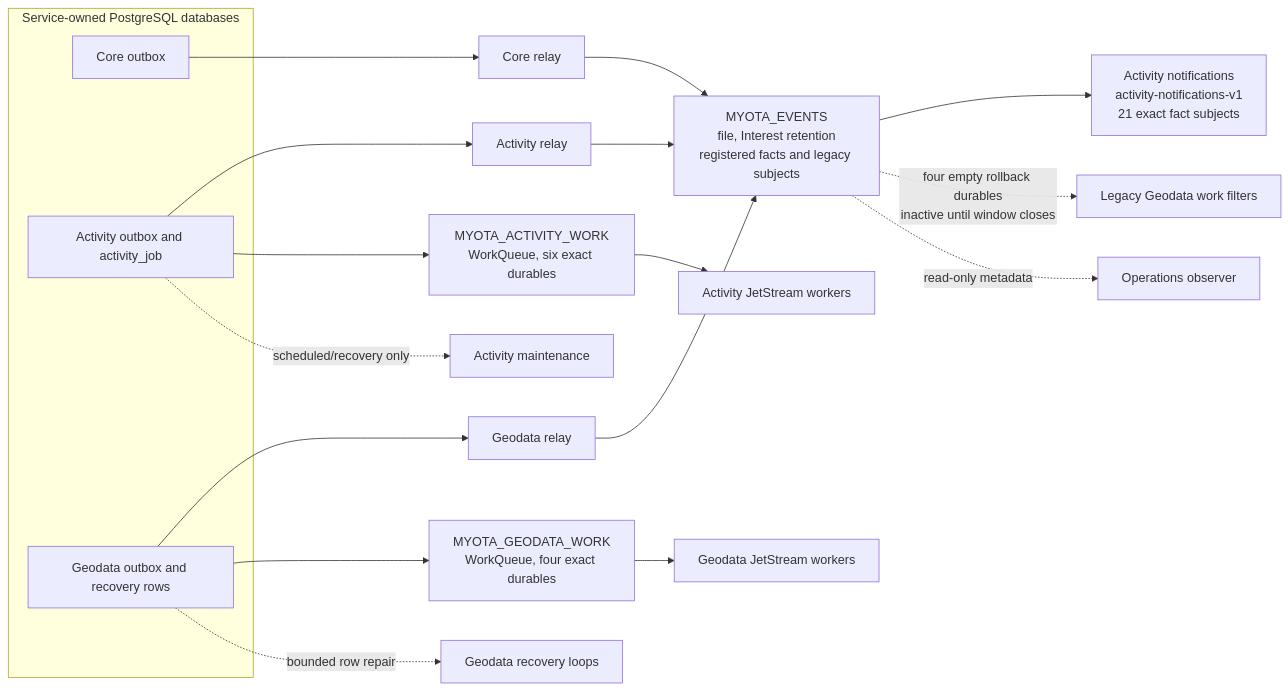
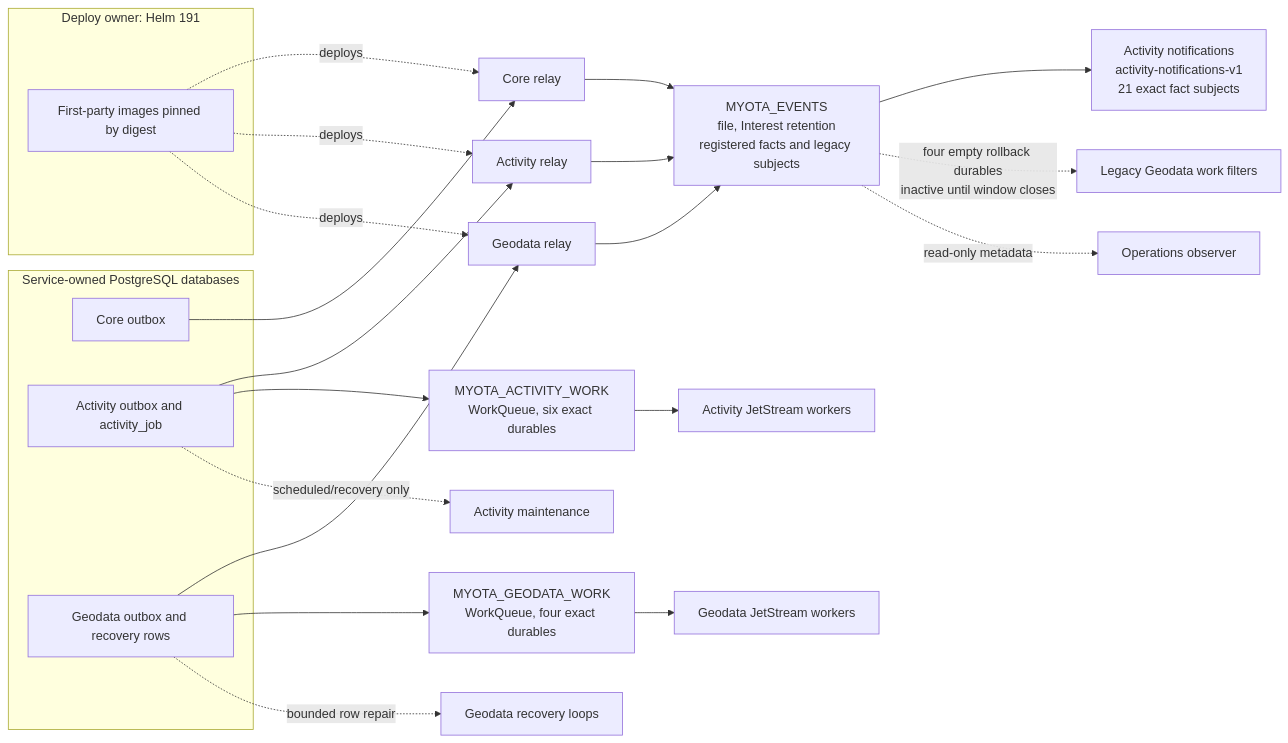
Before and after one commit to myota-platform/myota-docs: the first of 3 diagrams in docs/architecture/diagrams/nats-event-migration.md, drawn with Mermaid. The commit also changed other lines of this file, not shown here.

````diff
--- a/docs/architecture/diagrams/nats-event-migration.md
+++ b/docs/architecture/diagrams/nats-event-migration.md
@@ -11,23 +17,29 @@
 ```mermaid
 flowchart LR
   subgraph DB[Service-owned PostgreSQL databases]
     C[Core outbox]
     A[Activity outbox and activity_job]
     G[Geodata outbox and recovery rows]
   end
+  subgraph DEPLOY[Deploy owner: Helm 191]
+    IMG[First-party images pinned by digest]
+  end
   C --> RC[Core relay]
   A --> RA[Activity relay]
   G --> RG[Geodata relay]
+  IMG -. deploys .-> RC
+  IMG -. deploys .-> RA
+  IMG -. deploys .-> RG
   RC --> E[MYOTA_EVENTS<br/>file, Interest retention<br/>registered facts and legacy subjects]
   RA --> E
   RG --> E
   E --> N[Activity notifications<br/>activity-notifications-v1<br/>21 exact fact subjects]
   E -. four empty rollback durables<br/>inactive until window closes .-> L[Legacy Geodata work filters]
   A --> AS[MYOTA_ACTIVITY_WORK<br/>WorkQueue, six exact durables]
   G --> GS[MYOTA_GEODATA_WORK<br/>WorkQueue, four exact durables]
   AS --> AW[Activity JetStream workers]
   GS --> GW[Geodata JetStream workers]
   A -. scheduled/recovery only .-> AR[Activity maintenance]
   G -. bounded row repair .-> GR[Geodata recovery loops]
   E -. read-only metadata .-> O[Operations observer]
 ```
````
